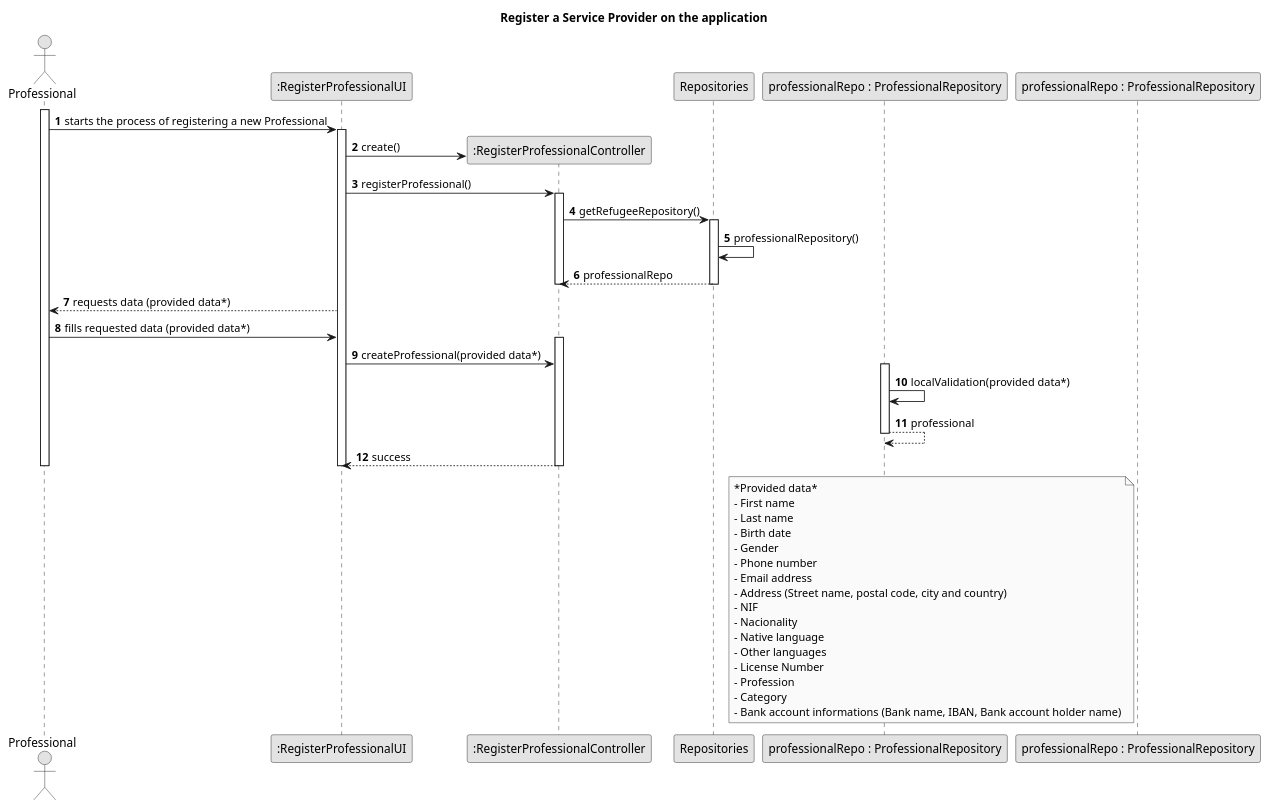
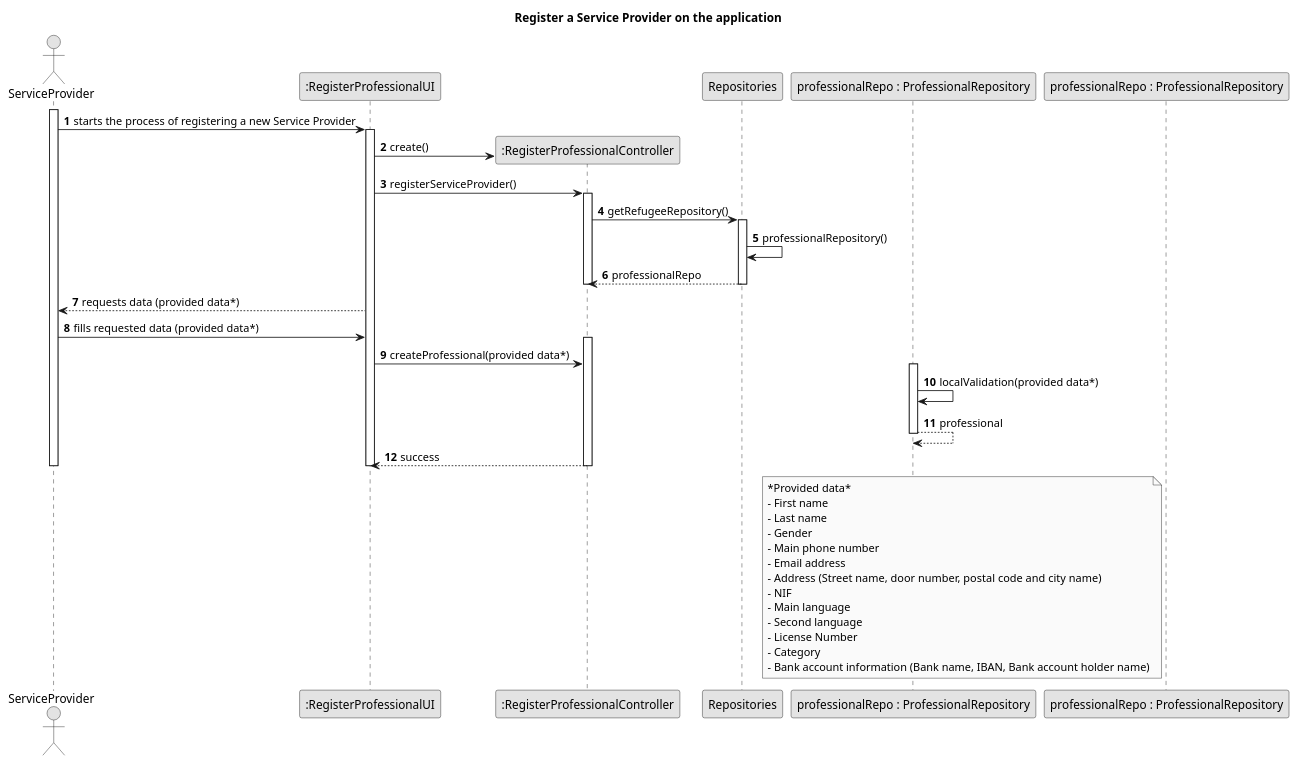
Before and after one commit to Chirano/GladlyGiven: the diagram in javaSprint2GladlyGiven/Docs/UseCases/uc02/us02-SD.puml, drawn with PlantUML. The commit also changed 49 other files, not shown here.

```diff
--- a/javaSprint2GladlyGiven/Docs/UseCases/uc02/us02-SD.puml
+++ b/javaSprint2GladlyGiven/Docs/UseCases/uc02/us02-SD.puml
@@ -1,61 +1,58 @@
 @startuml
 skinparam monochrome true
 skinparam packageStyle rectangle
 skinparam shadowing false
 
 title Register a Service Provider on the application
 
 autonumber
 
-actor Professional
+actor ServiceProvider
 participant ":RegisterProfessionalUI" as ui
 participant ":RegisterProfessionalController" as ctrl
 participant Repositories
 participant "professionalRepo : ProfessionalRepository" as professionalRepo
 
-activate Professional
+activate ServiceProvider
 
-    Professional -> ui : starts the process of registering a new Professional
+    ServiceProvider -> ui : starts the process of registering a new Service Provider
     activate ui
         ui -> ctrl** : create()
-        ui -> ctrl : registerProfessional()
+        ui -> ctrl : registerServiceProvider()
         activate ctrl
             ctrl -> Repositories : getRefugeeRepository()
             activate Repositories
                 Repositories -> Repositories : professionalRepository()
                 Repositories-->ctrl : professionalRepo
             deactivate Repositories
         deactivate ctrl
-            ui --> Professional : requests data (provided data*)
-            Professional -> ui : fills requested data (provided data*)
+            ui --> ServiceProvider : requests data (provided data*)
+            ServiceProvider -> ui : fills requested data (provided data*)
         activate ctrl
             ui -> ctrl : createProfessional(provided data*)
             activate professionalRepo
                 professionalRepo -> professionalRepo : localValidation(provided data*)
                 professionalRepo --> professionalRepo : professional
             deactivate professionalRepo
             ctrl --> ui : success
         deactivate ctrl
     deactivate ui
-deactivate Professional
+deactivate ServiceProvider
 
 note left of "professionalRepo : ProfessionalRepository"
     *Provided data*
     - First name
     - Last name
-    - Birth date
     - Gender
-    - Phone number
+    - Main phone number
     - Email address
-    - Address (Street name, postal code, city and country)
+    - Address (Street name, door number, postal code and city name)
     - NIF
-    - Nacionality
-    - Native language
-    - Other languages
+    - Main language
+    - Second language
     - License Number
-    - Profession
     - Category
-    - Bank account informations (Bank name, IBAN, Bank account holder name)
+    - Bank account information (Bank name, IBAN, Bank account holder name)
 end note
 
 @enduml
```
